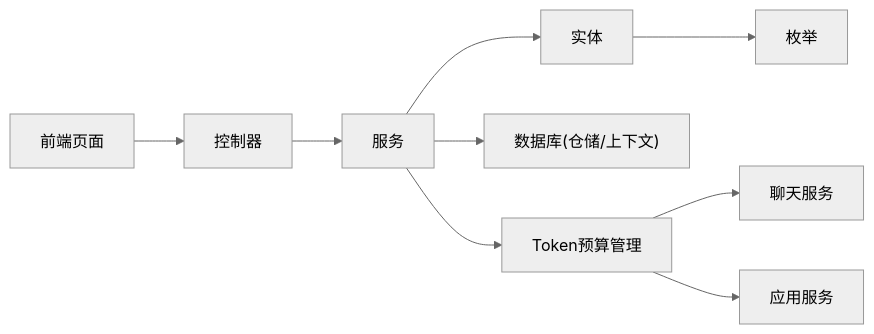
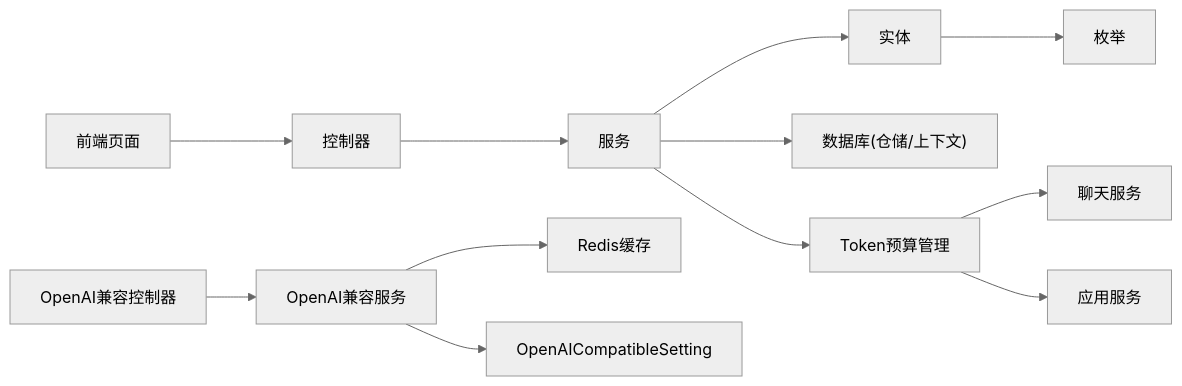
Before and after one commit to junkai-li/NetCoreKevin: the eighth of 8 diagrams in .qoder/repowiki/zh/content/AI智能体/模型管理.md, drawn with Mermaid (neutral theme). The commit also changed other lines of this file and 54 other files, not shown here.

````diff
--- a/.qoder/repowiki/zh/content/AI智能体/模型管理.md
+++ b/.qoder/repowiki/zh/content/AI智能体/模型管理.md
@@ -334,11 +415,14 @@
 ```mermaid
 graph LR
 FE["前端页面"] --> CTRL["控制器"]
 CTRL --> SVC["服务"]
 SVC --> ENT["实体"]
 ENT --> ENUM["枚举"]
 SVC --> DB["数据库(仓储/上下文)"]
 SVC --> TOKEN["Token预算管理"]
 TOKEN --> CHAT["聊天服务"]
 TOKEN --> APP["应用服务"]
+OpenAICtrl["OpenAI兼容控制器"] --> OpenAIService["OpenAI兼容服务"]
+OpenAIService --> REDIS["Redis缓存"]
+OpenAIService --> CONFIG["OpenAICompatibleSetting"]
 ```
````
